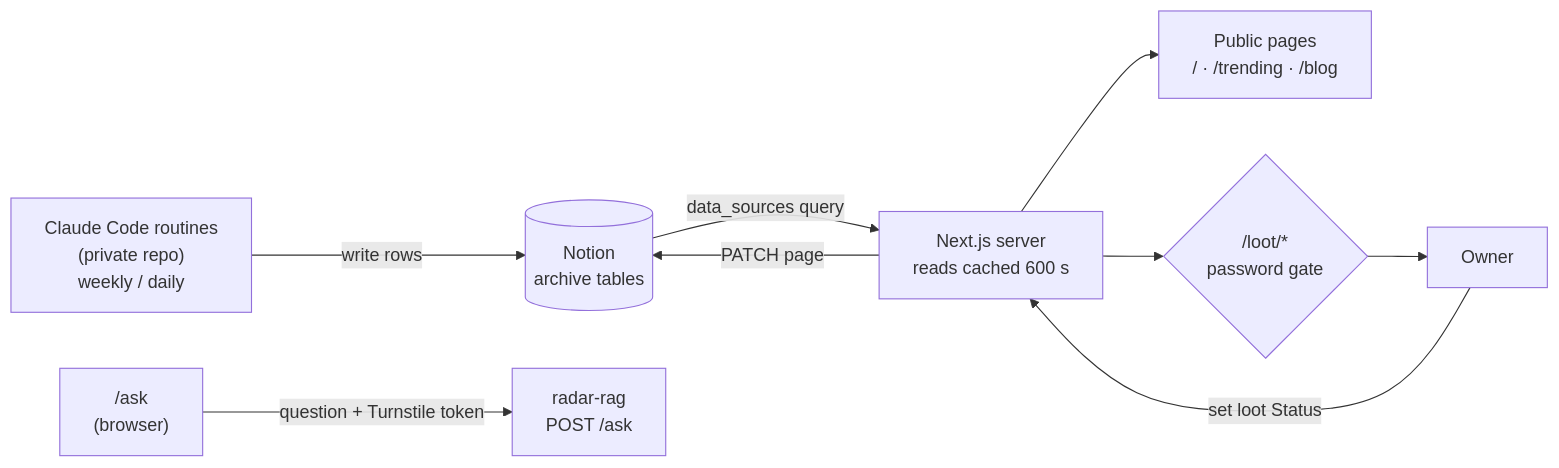
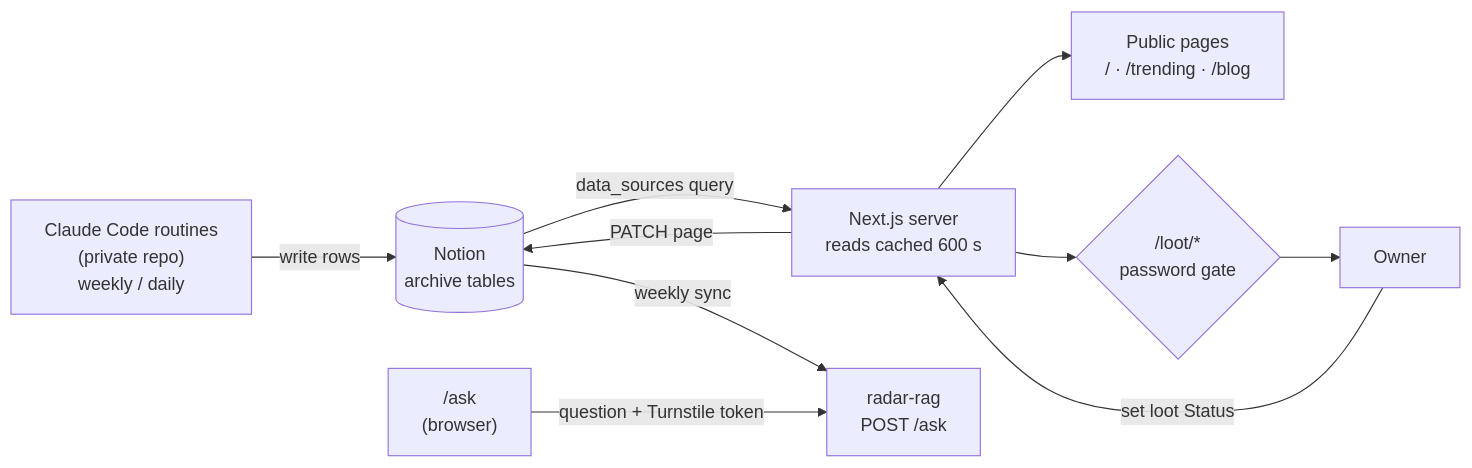
One commit to zexion7873/github-radar-ui changed the diagram in README.md. Above: the diagram before and after it, drawn with Mermaid.

Commit message:
docs: show radar-rag's Notion sync in the README diagram
The diagram drew /ask calling radar-rag but not where radar-rag's
answers come from, so it read as if the service had its own data.
radar-rag pulls the Trending and Blog archives from Notion through
POST /sync, the same tables the site's server reads.

````diff
--- a/README.md
+++ b/README.md
@@ -40,20 +40,21 @@
 ```mermaid
 flowchart LR
     Routines["Claude Code routines<br/>(private repo)<br/>weekly / daily"]
     Notion[("Notion<br/>archive tables")]
     Server["Next.js server<br/>reads cached 600 s"]
     Pages["Public pages<br/>/ · /trending · /blog"]
     Ask["/ask<br/>(browser)"]
     Rag["radar-rag<br/>POST /ask"]
     Gate{"/loot/*<br/>password gate"}
     Owner["Owner"]
 
     Routines -->|"write rows"| Notion
     Notion -->|"data_sources query"| Server
+    Notion -->|"weekly sync"| Rag
     Server --> Pages
     Ask -->|"question + Turnstile token"| Rag
     Server --> Gate
     Gate --> Owner
     Owner -->|"set loot Status"| Server
     Server -->|"PATCH page"| Notion
 ```
````
